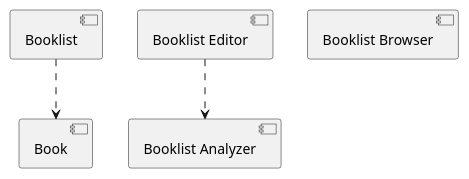
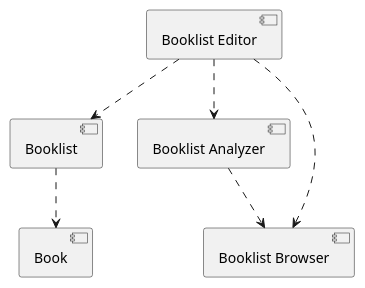
One commit to andysylvester/federated-bookshelves changed the diagram in domain/example-uml.iuml. Above: the diagram before and after it, drawn with PlantUML.

```diff
--- a/domain/example-uml.iuml
+++ b/domain/example-uml.iuml
@@ -1,14 +1,15 @@
 @startuml
 
 component [Booklist] as Comp1
 component [Book] as Comp2
 component [Booklist Editor] as Comp3
 component [Booklist Analyzer] as Comp4
 component [Booklist Browser] as Comp5
 
 [Comp1] ..> Comp2
 [Comp3] ..> Comp4
-
-
+[Comp3] ..> Comp1
+[Comp3] ..> Comp5
+[Comp4] ..> Comp5
 
 @enduml
```
